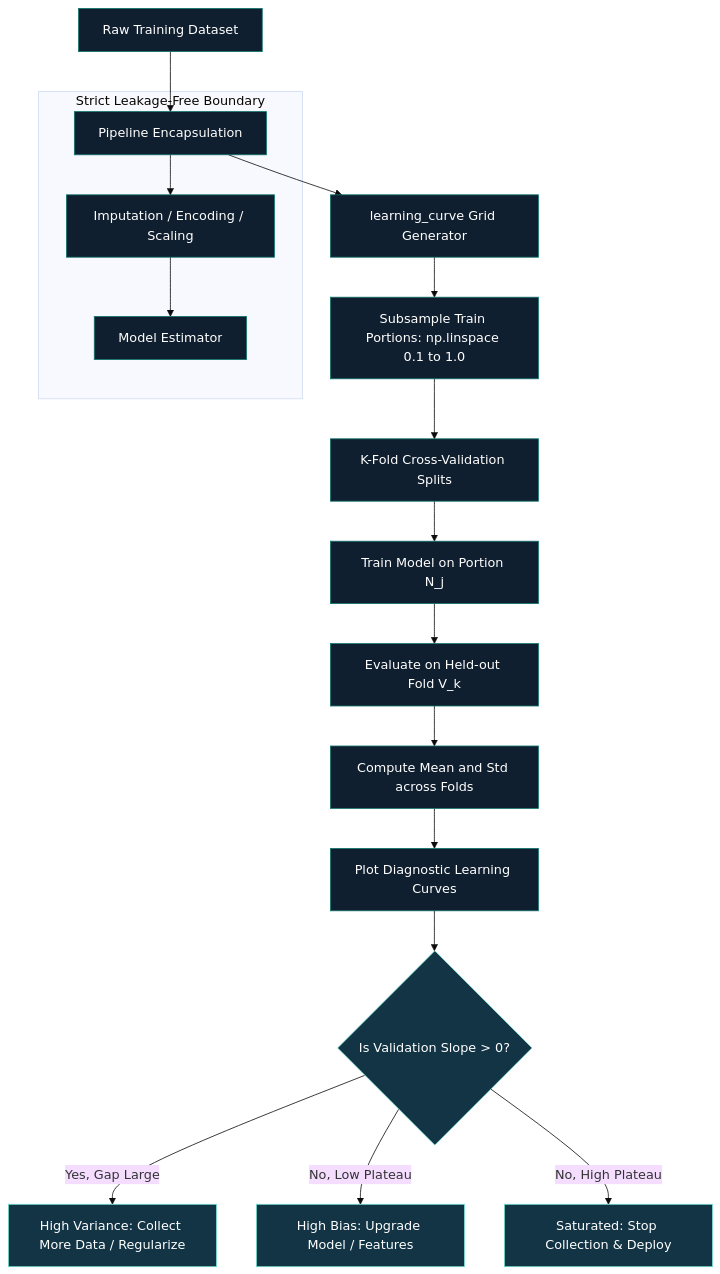
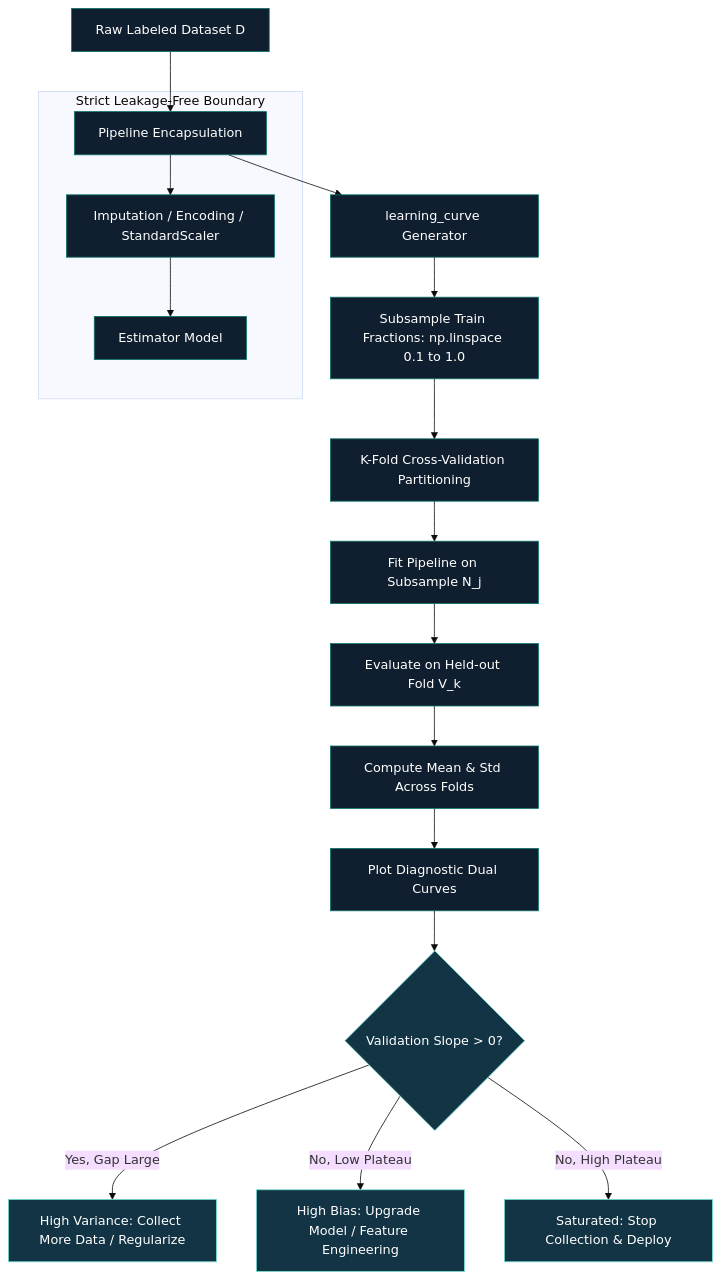
The diagram in class__11-Learning Curves - is it worth collecting more data?/5-README.md (Mindful-AI-Research/1-ai-ml-model-evaluation-benchmarking-selection-consulting), drawn with Mermaid (base theme) before and after one commit. The commit also changed other lines of this file, not shown here.

````diff
--- a/class__11-Learning Curves - is it worth collecting more data?/5-README.md
+++ b/class__11-Learning Curves - is it worth collecting more data?/5-README.md
@@ -171,24 +220,24 @@
 ```mermaid
 flowchart TD
-    A[Raw Training Dataset] --> B[Pipeline Encapsulation]
+    A[Raw Labeled Dataset D] --> B[Pipeline Encapsulation]
     subgraph Preprocessing_CV [Strict Leakage-Free Boundary]
-        B --> C[Imputation / Encoding / Scaling]
-        C --> D[Model Estimator]
+        B --> C[Imputation / Encoding / StandardScaler]
+        C --> D[Estimator Model]
     end
-    B --> E[learning_curve Grid Generator]
-    E --> F[Subsample Train Portions: np.linspace 0.1 to 1.0]
-    F --> G[K-Fold Cross-Validation Splits]
-    G --> H[Train Model on Portion N_j]
+    B --> E[learning_curve Generator]
+    E --> F[Subsample Train Fractions: np.linspace 0.1 to 1.0]
+    F --> G[K-Fold Cross-Validation Partitioning]
+    G --> H[Fit Pipeline on Subsample N_j]
     H --> I[Evaluate on Held-out Fold V_k]
-    I --> J[Compute Mean and Std across Folds]
-    J --> K[Plot Diagnostic Learning Curves]
-    K --> L{Is Validation Slope > 0?}
+    I --> J[Compute Mean & Std Across Folds]
+    J --> K[Plot Diagnostic Dual Curves]
+    K --> L{Validation Slope > 0?}
     L -- Yes, Gap Large --> M[High Variance: Collect More Data / Regularize]
-    L -- No, Low Plateau --> N[High Bias: Upgrade Model / Features]
+    L -- No, Low Plateau --> N[High Bias: Upgrade Model / Feature Engineering]
     L -- No, High Plateau --> O[Saturated: Stop Collection & Deploy]
 
     classDef stage fill:#101f2f,stroke:#0f766e,color:#ffffff;
     classDef branch fill:#123445,stroke:#71ddce,color:#ffffff;
     class A,B,C,D,E,F,G,H,I,J,K stage;
     class L,M,N,O branch;
 ```
````
